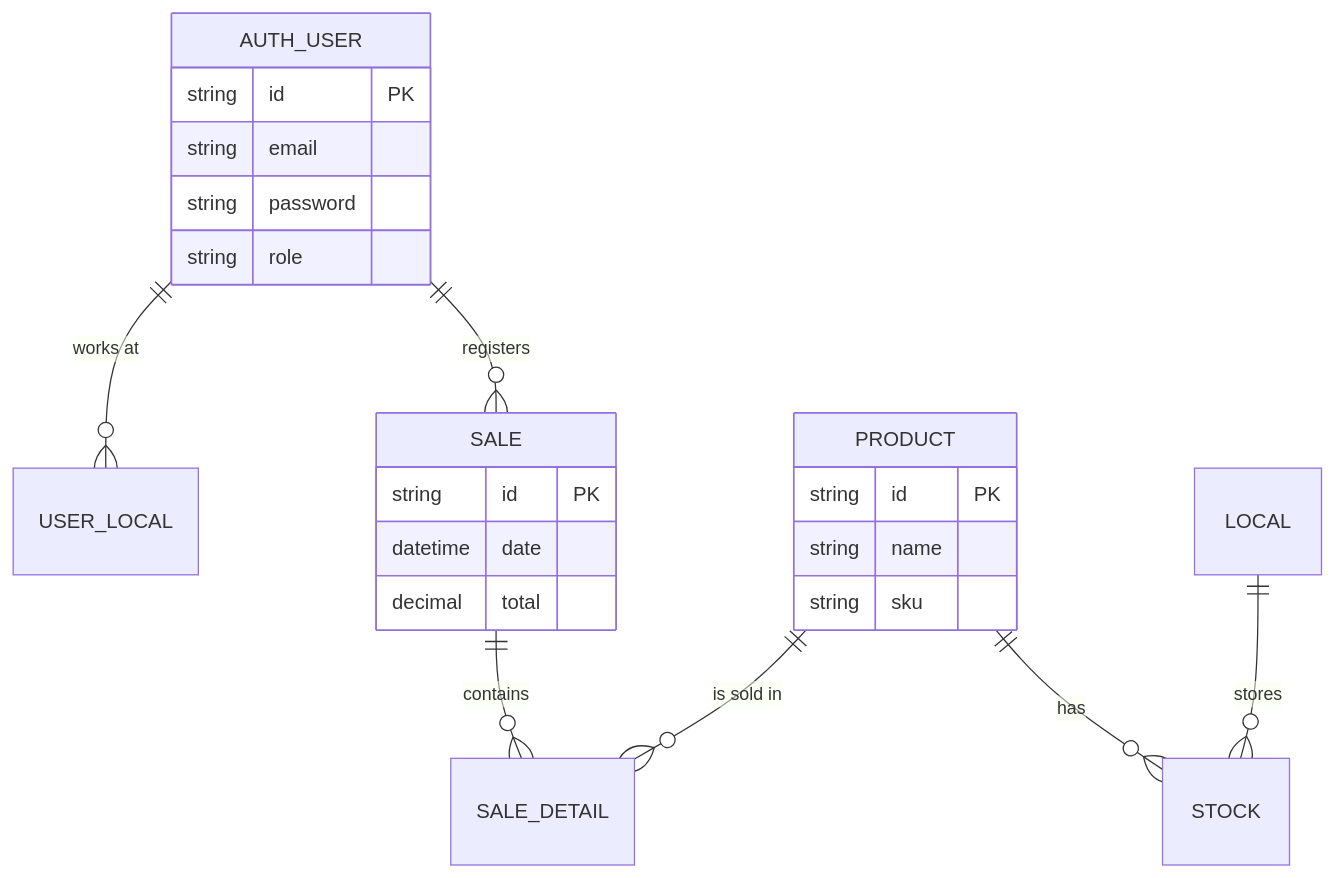
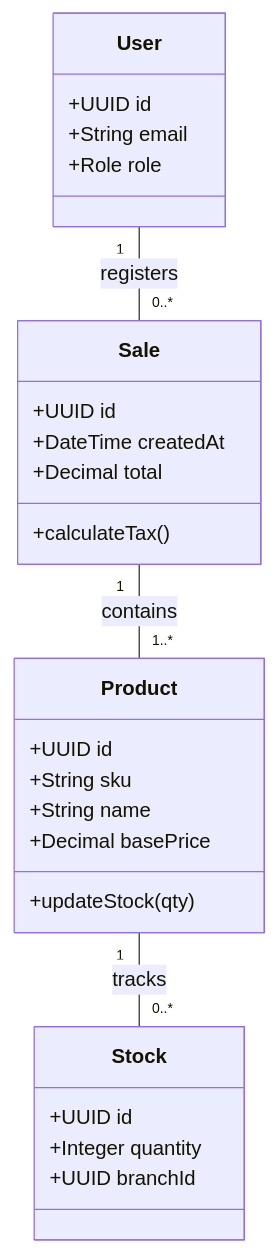
One commit to HecAguilaV/SIGA changed the second of 2 diagrams in docs/technical-room/en/02-LOGICAL-VIEW.mdx. Above: the diagram before and after it, drawn with Mermaid. The commit also changed other lines of this file and 11 other files, not shown here.

Commit message:
docs: arquitectura técnica 4+1 bilingüe final - alto contraste y accesibilidad / final 4+1 bilingual technical architecture - high contrast and accessibility

````diff
--- a/docs/technical-room/en/02-LOGICAL-VIEW.mdx
+++ b/docs/technical-room/en/02-LOGICAL-VIEW.mdx
@@ -39,32 +50,30 @@
 ```mermaid
-erDiagram
-    %% Auth Schema
-    AUTH_USER ||--o{ USER_LOCAL : "works at"
-    AUTH_USER {
-        string id PK
-        string email
-        string password
-        string role
+classDiagram
+    class Product {
+        +UUID id
+        +String sku
+        +String name
+        +Decimal basePrice
+        +updateStock(qty)
     }
-
-    %% Inventory Schema
-    PRODUCT ||--o{ STOCK : "has"
-    LOCAL ||--o{ STOCK : "stores"
-    PRODUCT {
-        string id PK
-        string name
-        string sku
+    class Sale {
+        +UUID id
+        +DateTime createdAt
+        +Decimal total
+        +calculateTax()
     }
-
-    %% Sales Schema
-    SALE ||--o{ SALE_DETAIL : "contains"
-    SALE {
-        string id PK
-        datetime date
-        decimal total
+    class Stock {
+        +UUID id
+        +Integer quantity
+        +UUID branchId
     }
-
-    %% Cross-schema Relations (Logical)
-    AUTH_USER ||--o{ SALE : "registers"
-    PRODUCT ||--o{ SALE_DETAIL : "is sold in"
+    class User {
+        +UUID id
+        +String email
+        +Role role
+    }
+    
+    Product "1" -- "0..*" Stock : tracks
+    Sale "1" -- "1..*" Product : contains
+    User "1" -- "0..*" Sale : registers
 ```
````
